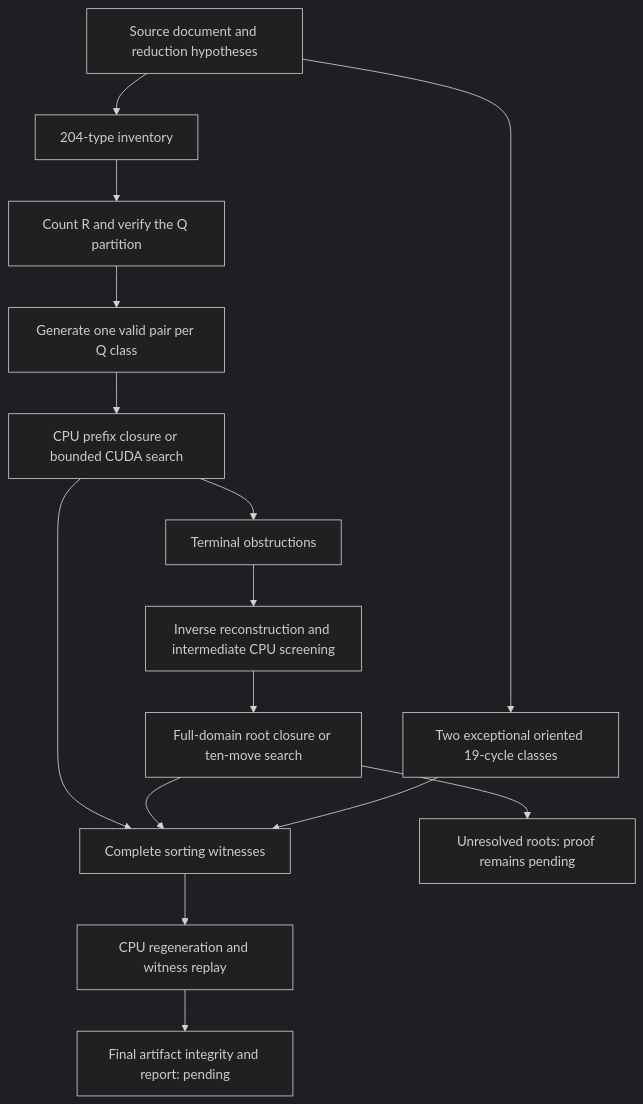
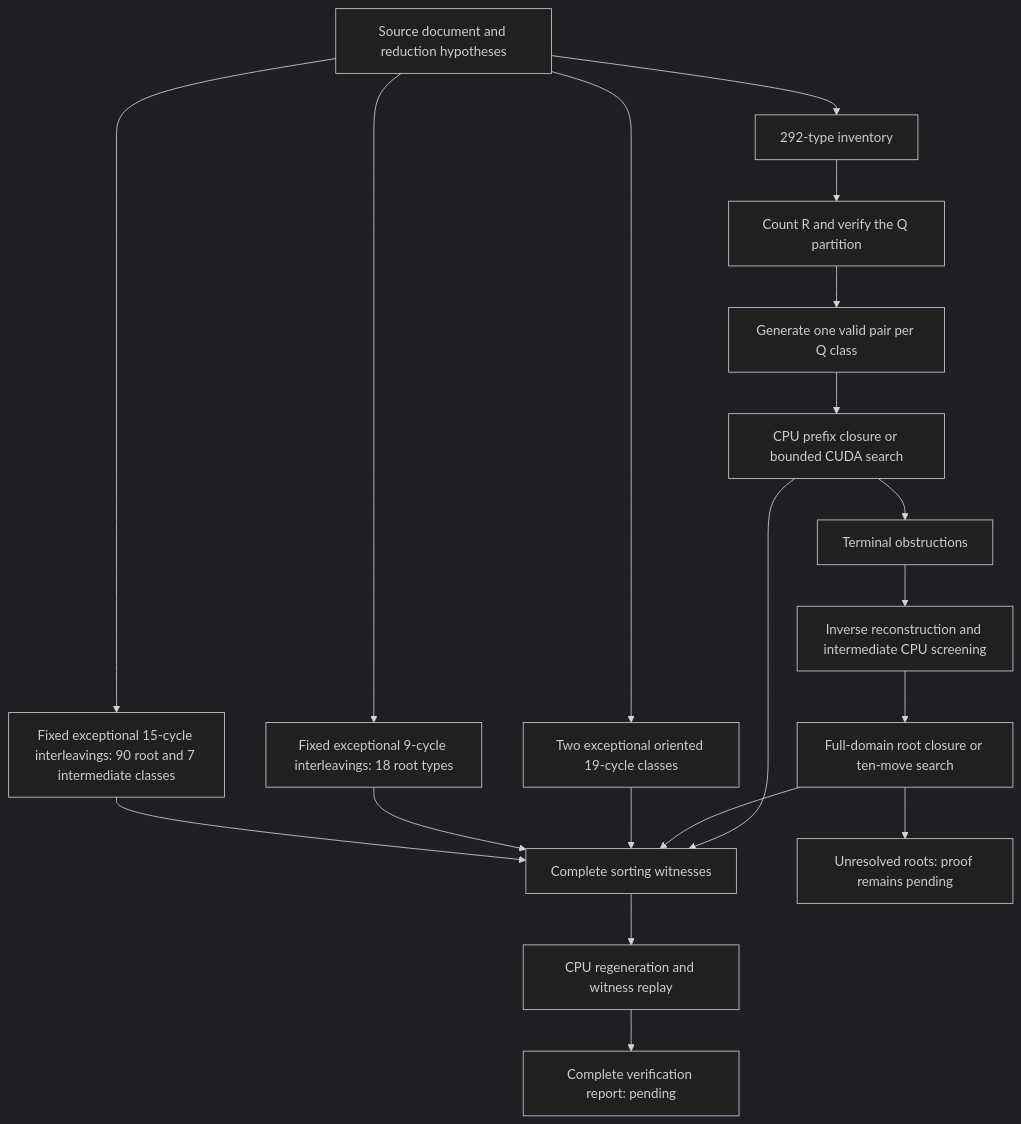
The diagram in docs/WORKFLOW.md (luizaugustogarcia/td18), drawn with Mermaid (dark theme) before and after one commit. The commit also changed other lines of this file and 62 other files, not shown here.

```diff
--- a/docs/WORKFLOW.md
+++ b/docs/WORKFLOW.md
@@ -37,17 +59,21 @@
 ~~~mermaid
 flowchart TD
-    S[Source document and reduction hypotheses] --> I[204-type inventory]
+    S[Source document and reduction hypotheses] --> I[292-type inventory]
     I --> C[Count R and verify the Q partition]
     C --> G[Generate one valid pair per Q class]
     G --> D[CPU prefix closure or bounded CUDA search]
     D --> W[Complete sorting witnesses]
     D --> O[Terminal obstructions]
     O --> A[Inverse reconstruction and intermediate CPU screening]
     A --> R[Full-domain root closure or ten-move search]
     R --> W
     R --> U[Unresolved roots: proof remains pending]
     S --> E[Two exceptional oriented 19-cycle classes]
     E --> W
+    S --> N[Fixed exceptional 9-cycle interleavings: 18 root types]
+    N --> W
+    S --> L[Fixed exceptional 15-cycle interleavings: 90 root and 7 intermediate classes]
+    L --> W
     W --> V[CPU regeneration and witness replay]
-    V --> F[Final artifact integrity and report: pending]
+    V --> F[Complete verification report: pending]
 ~~~
```
